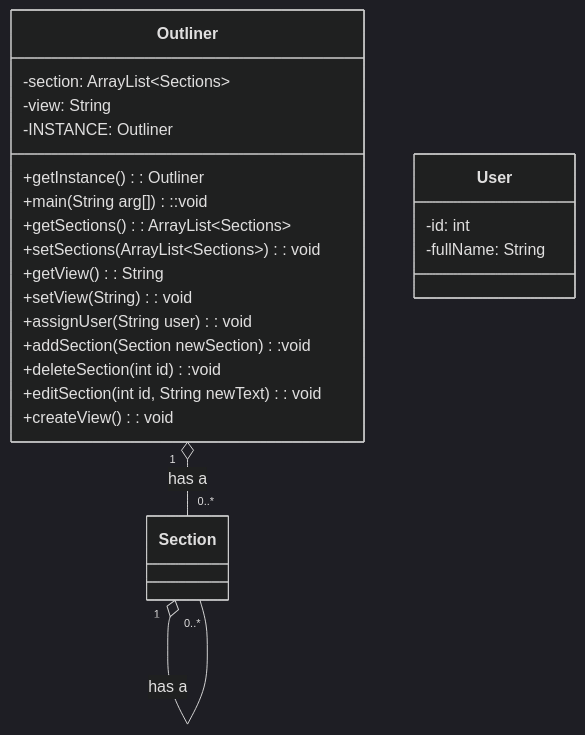
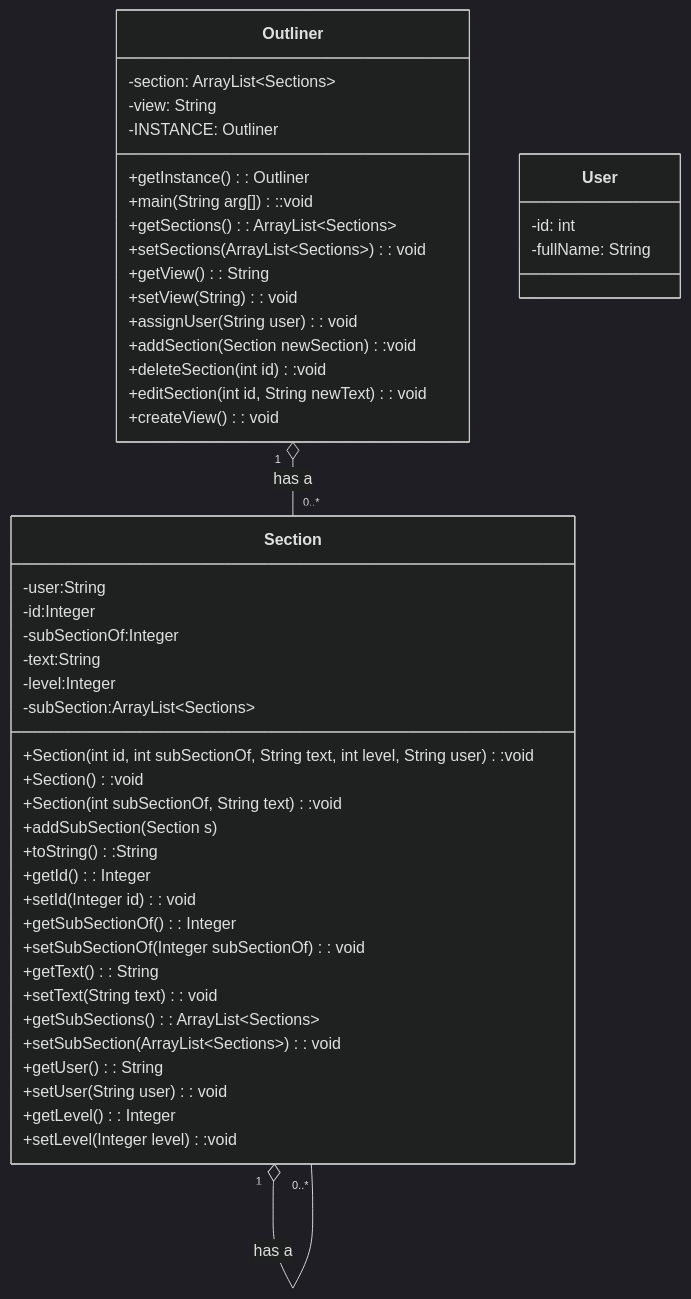
One commit to itsjihunpark/Microsoft-Word-Outliner-Clone changed the diagram in docs/UML.md. Above: the diagram before and after it, drawn with Mermaid (dark theme).

````diff
--- a/docs/UML.md
+++ b/docs/UML.md
@@ -24,35 +24,58 @@
 ```mermaid
 classDiagram
     Outliner "1" o-- "0..*" Section : has a 
     Section "1" o-- "0..*" Section : has a
 
     class User{
       -id: int
       -fullName: String
     }
 
     class Outliner{
     
     }
 
     class Outliner{
       -section: ArrayList~Sections~
       -view: String
       -INSTANCE: Outliner
       +getInstance(): Outliner
       +main(String arg[])::void
       +getSections(): ArrayList~Sections~
       +setSections(ArrayList~Sections~): void
       +getView(): String
       +setView(String): void
       +assignUser(String user): void
       +addSection(Section newSection):void
       +deleteSection(int id):void
       +editSection(int id, String newText): void
       +createView(): void
     }
     class Section{
-      
+      -user:String
+      -id:Integer
+      -subSectionOf:Integer
+      -text:String
+      -level:Integer
+      -subSection:ArrayList~Sections~
+      +Section(int id, int subSectionOf, String text, int level, String user):void
+      +Section():void
+      +Section(int subSectionOf, String text):void
+      +addSubSection(Section s)
+      +toString():String
+      +getId(): Integer
+      +setId(Integer id): void
+      +getSubSectionOf(): Integer
+      +setSubSectionOf(Integer subSectionOf): void
+      +getText(): String
+      +setText(String text): void
+      +getSubSections(): ArrayList~Sections~
+      +setSubSection(ArrayList~Sections~): void
+      +getUser(): String
+      +setUser(String user): void
+      +getLevel(): Integer
+      +setLevel(Integer level):void
+
     }
 
 ```
````
